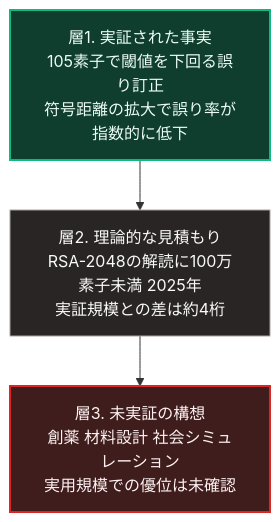
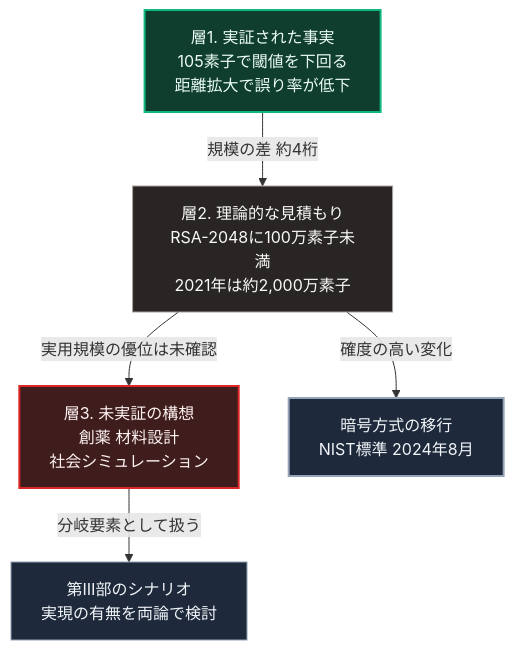
The diagram in books/sovereign-resilience-blueprint/quantum-computing-impact.md (Takenori-Kusaka/zenn-content), drawn with Mermaid before and after one commit. The commit also changed other lines of this file and 114 other files, not shown here.

````diff
--- a/books/sovereign-resilience-blueprint/quantum-computing-impact.md
+++ b/books/sovereign-resilience-blueprint/quantum-computing-impact.md
@@ -61,10 +61,14 @@
 ```mermaid
 flowchart TD
-    L1[層1. 実証された事実<br>105素子で閾値を下回る誤り訂正<br>符号距離の拡大で誤り率が指数的に低下]
-    L1 --> L2[層2. 理論的な見積もり<br>RSA-2048の解読に100万素子未満 2025年<br>実証規模との差は約4桁]
-    L2 --> L3[層3. 未実証の構想<br>創薬 材料設計 社会シミュレーション<br>実用規模での優位は未確認]
+    L1[層1. 実証された事実<br>105素子で閾値を下回る<br>距離拡大で誤り率が低下]
+    L1 -->|規模の差 約4桁| L2[層2. 理論的な見積もり<br>RSA-2048に100万素子未満<br>2021年は約2,000万素子]
+    L2 -->|実用規模の優位は未確認| L3[層3. 未実証の構想<br>創薬 材料設計<br>社会シミュレーション]
+    L2 -->|確度の高い変化| A[暗号方式の移行<br>NIST標準 2024年8月]
+    L3 -->|分岐要素として扱う| B[第Ⅲ部のシナリオ<br>実現の有無を両論で検討]
 
     style L1 fill:#0f3d2e,stroke:#10b981,stroke-width:2px,color:#ecfdf5
     style L2 fill:#292524,stroke:#a8a29e,color:#fafaf9
     style L3 fill:#3f1d1d,stroke:#dc2626,stroke-width:2px,color:#fef2f2
+    style A fill:#1e293b,stroke:#94a3b8,stroke-width:2px,color:#f1f5f9
+    style B fill:#1e293b,stroke:#94a3b8,color:#f1f5f9
 ```
````
